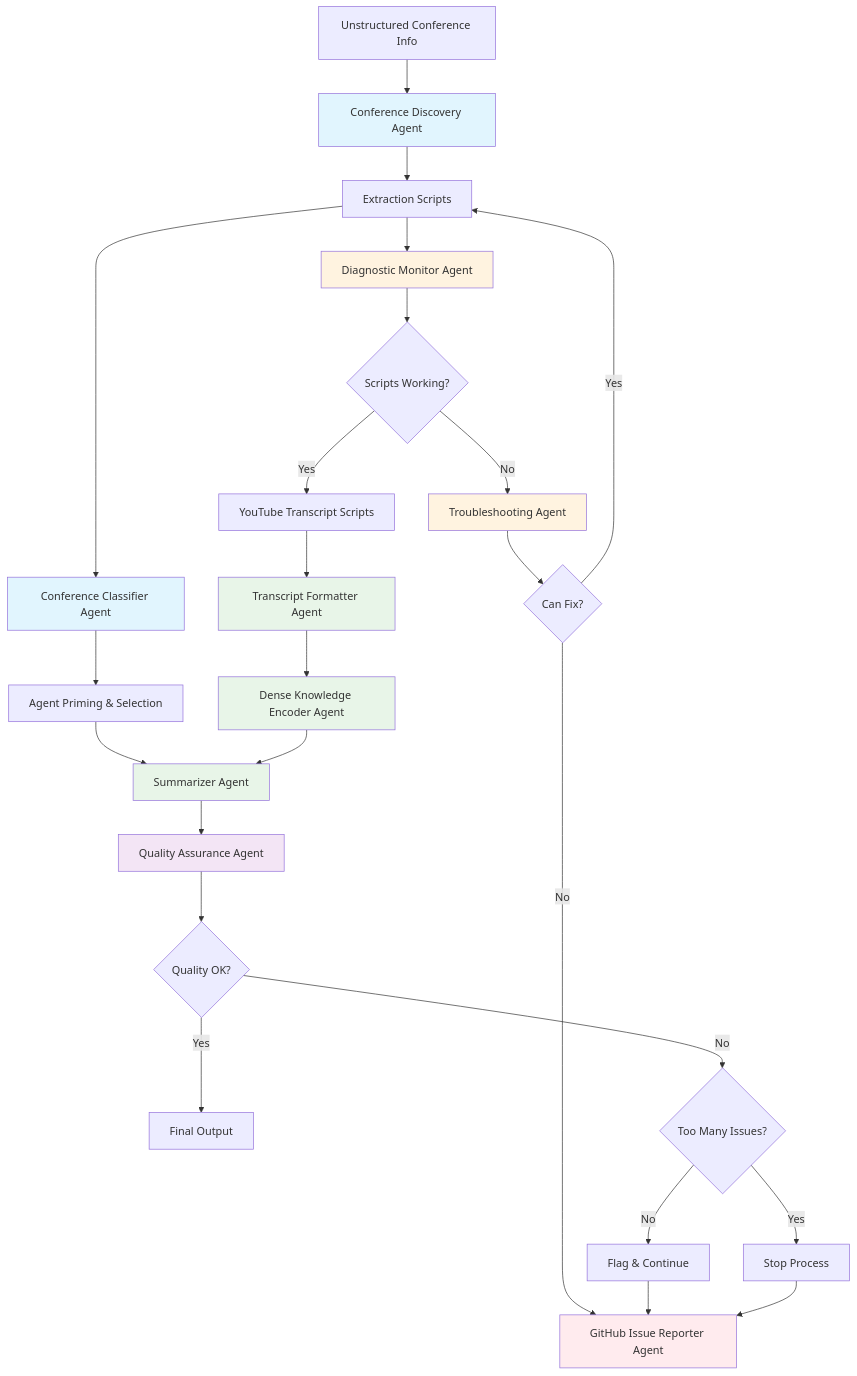
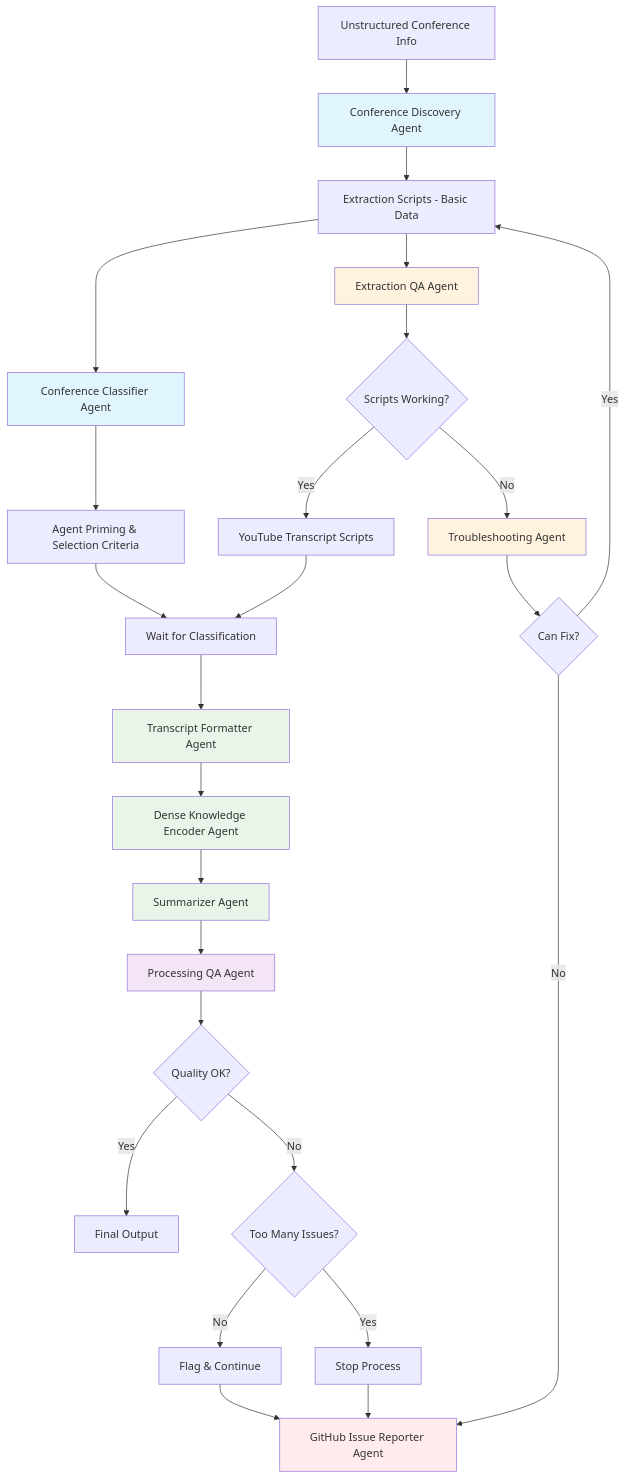
Before and after one commit to lago-morph/conference-summaries: the first of 6 diagrams in specs/conference-extractor/requirements.md, drawn with Mermaid. The commit also changed other lines of this file and 1 other file, not shown here.

First line of the commit message:
Fix system architecture and processing dependencies

````diff
--- a/specs/conference-extractor/requirements.md
+++ b/specs/conference-extractor/requirements.md
@@ -9,36 +9,38 @@
 ```mermaid
 graph TD
     A[Unstructured Conference Info] --> B[Conference Discovery Agent]
-    B --> C[Extraction Scripts]
-    C --> D[Diagnostic Monitor Agent]
+    B --> C[Extraction Scripts - Basic Data]
     C --> CC[Conference Classifier Agent]
+    C --> D[Extraction QA Agent]
     D --> E{Scripts Working?}
     E -->|Yes| F[YouTube Transcript Scripts]
     E -->|No| G[Troubleshooting Agent]
     G --> H{Can Fix?}
     H -->|Yes| C
     H -->|No| I[GitHub Issue Reporter Agent]
-    F --> J[Transcript Formatter Agent]
-    CC --> K[Agent Priming & Selection]
-    J --> L[Dense Knowledge Encoder Agent]
-    K --> M[Summarizer Agent]
-    L --> M
-    M --> N[Quality Assurance Agent]
-    N --> O{Quality OK?}
-    O -->|Yes| P[Final Output]
-    O -->|No| Q{Too Many Issues?}
-    Q -->|No| R[Flag & Continue]
-    Q -->|Yes| S[Stop Process]
-    R --> I
+    
+    CC --> K[Agent Priming & Selection Criteria]
+    F --> J[Wait for Classification]
+    K --> J
+    J --> L[Transcript Formatter Agent]
+    L --> M[Dense Knowledge Encoder Agent]
+    M --> N[Summarizer Agent]
+    N --> O[Processing QA Agent]
+    O --> P{Quality OK?}
+    P -->|Yes| Q[Final Output]
+    P -->|No| R{Too Many Issues?}
+    R -->|No| S[Flag & Continue]
+    R -->|Yes| T[Stop Process]
     S --> I
+    T --> I
     
     style B fill:#e1f5fe
     style D fill:#fff3e0
     style CC fill:#e1f5fe
     style G fill:#fff3e0
     style I fill:#ffebee
-    style J fill:#e8f5e8
     style L fill:#e8f5e8
     style M fill:#e8f5e8
-    style N fill:#f3e5f5
+    style N fill:#e8f5e8
+    style O fill:#f3e5f5
 ```
````
